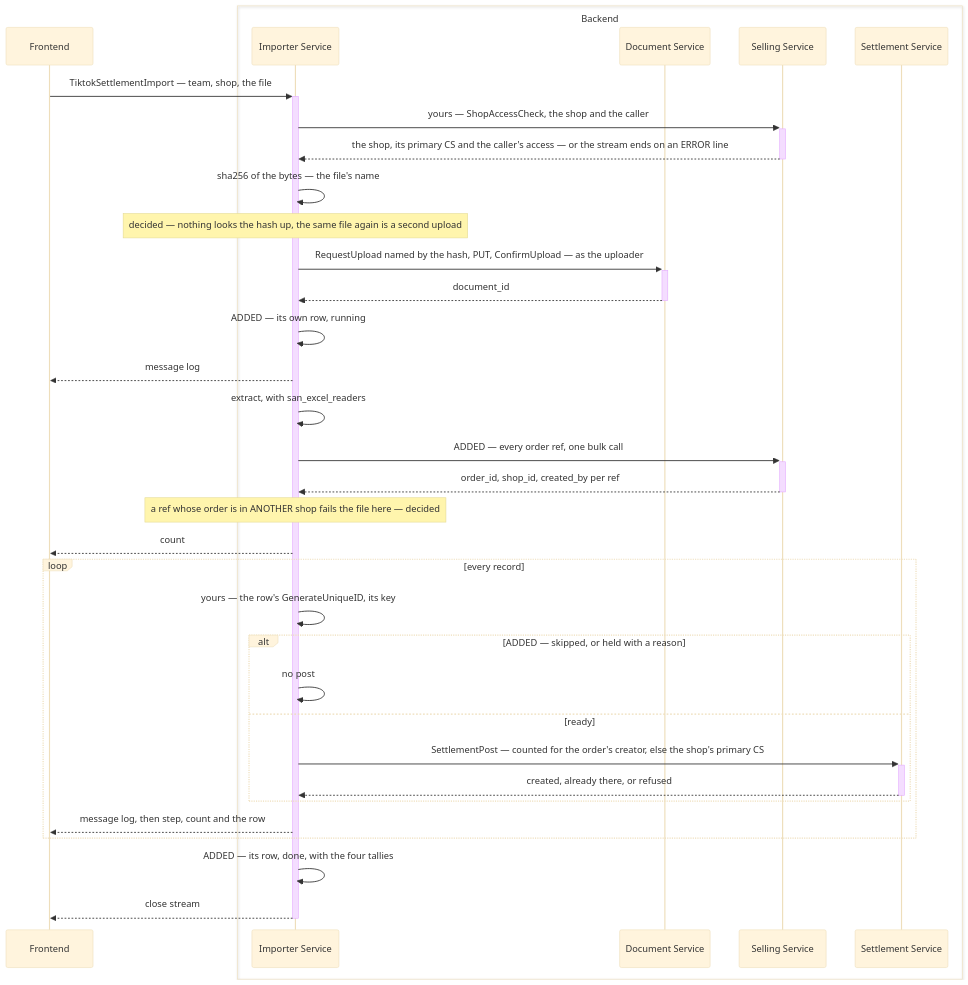
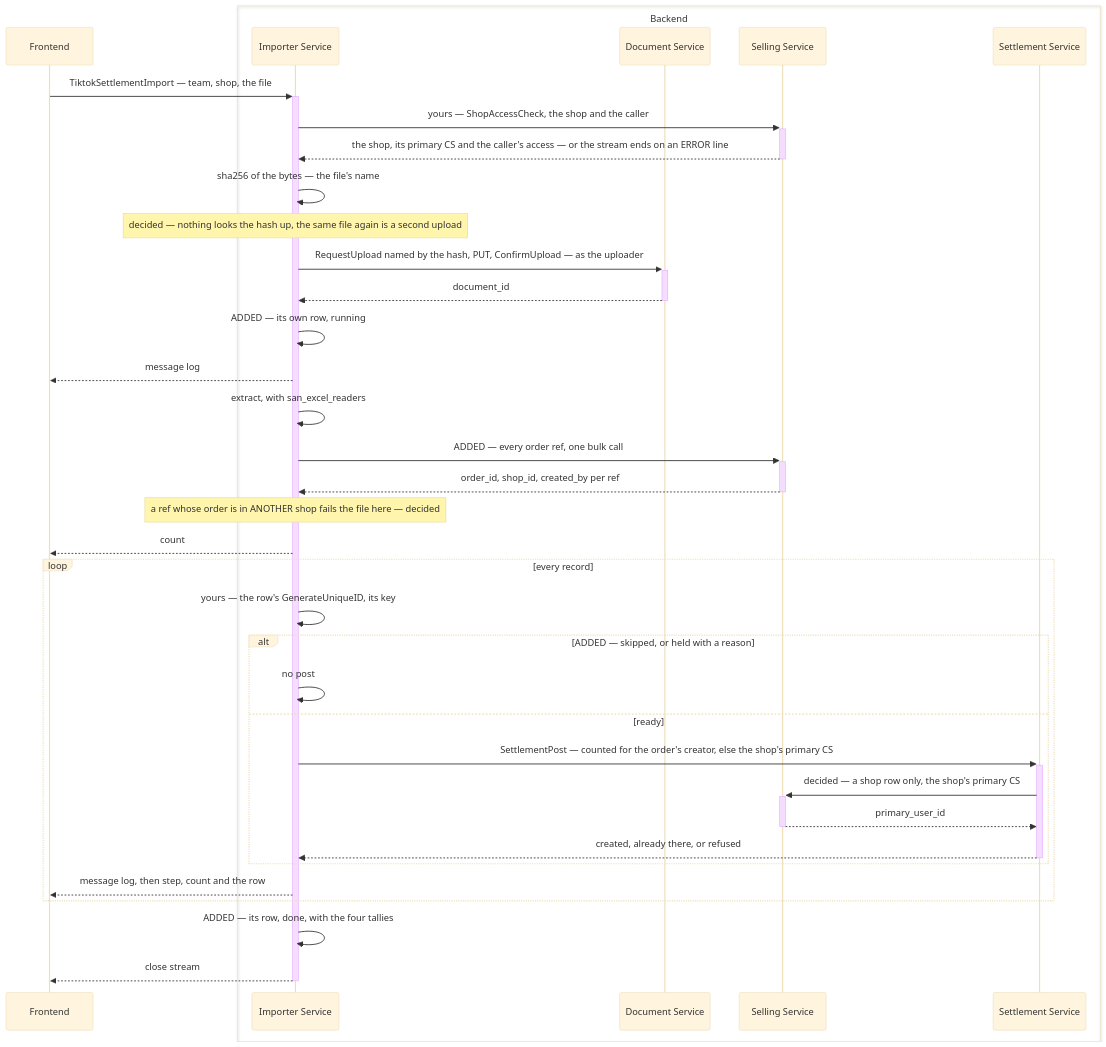
One commit to pdcgo/warehouse_revamp changed the third of 10 diagrams in docs/business/settlement/settlement_importer_clarify.md. Above: the diagram before and after it, drawn with Mermaid (base theme). The commit also changed other lines of this file and 6 other files, not shown here.

First line of the commit message:
settlement: record settlement-asks-the-shop-for-its-primary-cs

````diff
--- a/docs/business/settlement/settlement_importer_clarify.md
+++ b/docs/business/settlement/settlement_importer_clarify.md
@@ -107,36 +105,38 @@
 ```mermaid
 sequenceDiagram
     participant fe as Frontend
     box Backend
         participant import as Importer Service
         participant doc as Document Service
         participant sell as Selling Service
         participant settle as Settlement Service
     end
     fe->>+import: TiktokSettlementImport — team, shop, the file
     import->>+sell: yours — ShopAccessCheck, the shop and the caller
     sell-->>-import: the shop, its primary CS and the caller's access — or the stream ends on an ERROR line
     import->>import: sha256 of the bytes — the file's name
     Note over import: decided — nothing looks the hash up, the same file again is a second upload
     import->>+doc: RequestUpload named by the hash, PUT, ConfirmUpload — as the uploader
     doc-->>-import: document_id
     import->>import: ADDED — its own row, running
     import-->>fe: message log
     import->>import: extract, with san_excel_readers
     import->>+sell: ADDED — every order ref, one bulk call
     sell-->>-import: order_id, shop_id, created_by per ref
     Note over import: a ref whose order is in ANOTHER shop fails the file here — decided
     import-->>fe: count
     loop every record
         import->>import: yours — the row's GenerateUniqueID, its key
         alt ADDED — skipped, or held with a reason
             import->>import: no post
         else ready
             import->>+settle: SettlementPost — counted for the order's creator, else the shop's primary CS
+            settle->>+sell: decided — a shop row only, the shop's primary CS
+            sell-->>-settle: primary_user_id
             settle-->>-import: created, already there, or refused
         end
         import-->>fe: message log, then step, count and the row
     end
     import->>import: ADDED — its row, done, with the four tallies
     import-->>-fe: close stream
 ```
````
